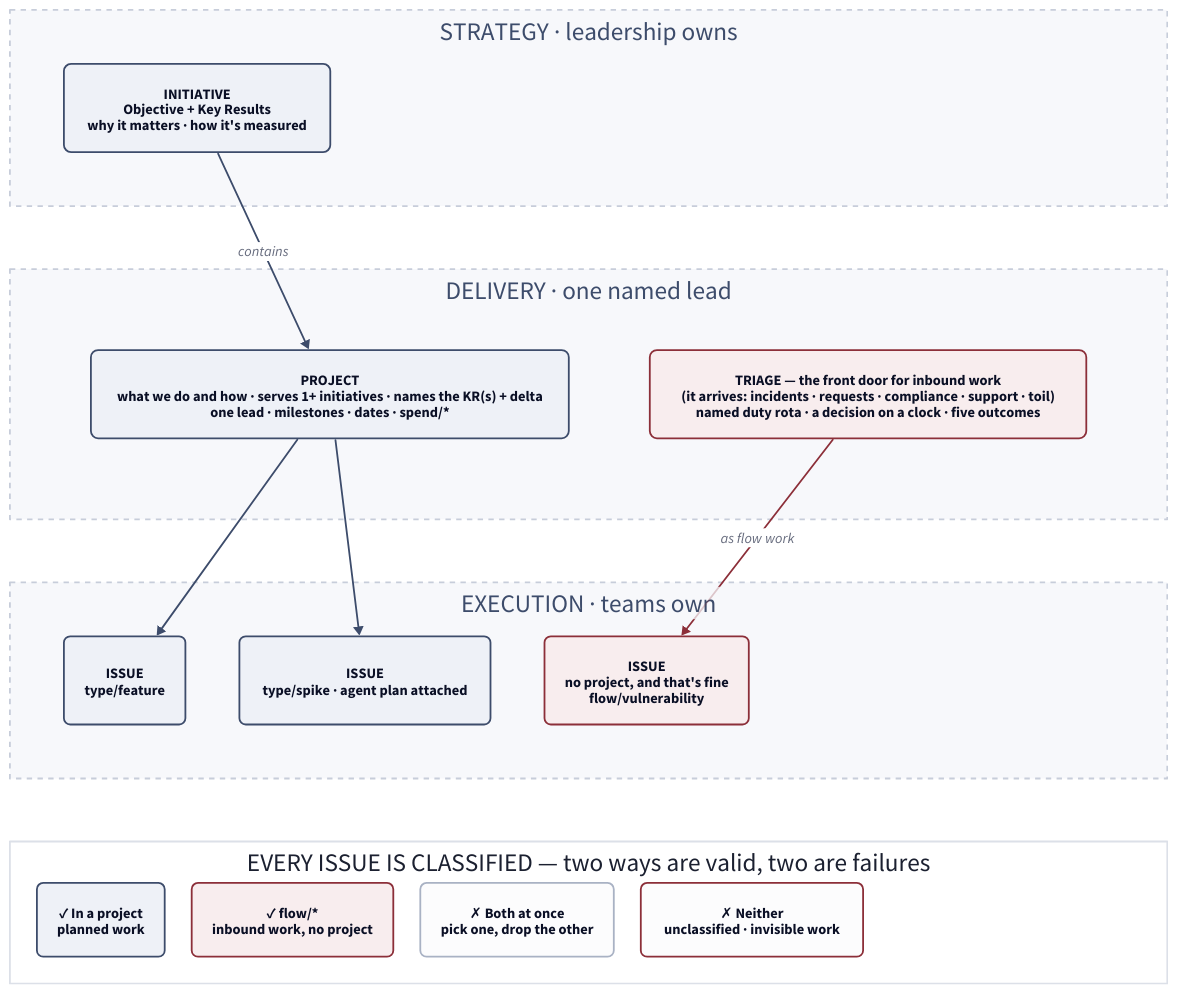
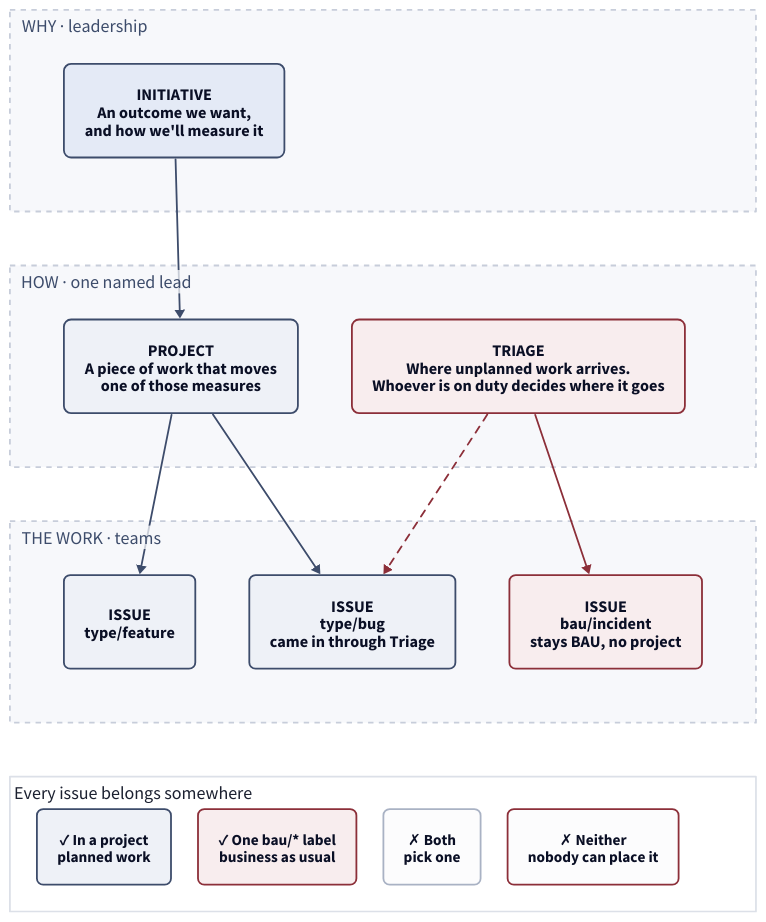
Before and after one commit to hungovercoders/linear-work-management: the diagram in docs/diagrams/model.d2, drawn with D2. The commit also changed 15 other files, not shown here.

First line of the commit message:
docs(diagrams): redraw all eight in the guide's plain wording

```diff
--- a/docs/diagrams/model.d2
+++ b/docs/diagrams/model.d2
@@ -1,74 +1,79 @@
 # Canonical operating-model diagram. Edit this, not the rendered SVG.
 # Shown on the Start here page as a committed SVG (see `task diagrams`).
-# Two paths, both flowing top-to-bottom through the ownership bands:
-#   strategic:  INITIATIVE -> PROJECT -> ISSUE
-#   external:   TRIAGE -> ISSUE (flow work)
+# Two paths, both running top-to-bottom through the bands:
+#   planned:  INITIATIVE -> PROJECT -> ISSUE
+#   BAU:      TRIAGE -> ISSUE (bau/* label, no project)
 
 grid-columns: 1
-grid-gap: 70
+grid-gap: 60
 direction: down
 
-# ---------- STRATEGY band ----------
-strategy: "STRATEGY  ·  leadership owns" {
+# ---------- why ----------
+strategy: "WHY  ·  leadership" {
+  label.near: top-left
   grid-rows: 1
-  style: {fill: "#F7F8FB"; stroke: "#C7CDDA"; stroke-dash: 3; font-color: "#3D4C6B"}
-  initiative: "INITIATIVE\nObjective + Key Results\nwhy it matters · how it's measured" {
-    style: {fill: "#EEF1F7"; stroke: "#3D4C6B"; border-radius: 8; bold: true}
+  style: {fill: "#F7F8FB"; stroke: "#C7CDDA"; stroke-dash: 3; font-color: "#3D4C6B"; font-size: 20}
+  initiative: "INITIATIVE\nAn outcome we want,\nand how we'll measure it" {
+    style: {fill: "#E4EAF6"; stroke: "#3D4C6B"; border-radius: 8; bold: true; stroke-width: 2; font-size: 18}
   }
 }
 
-# ---------- DELIVERY band ----------
-delivery: "DELIVERY  ·  one named lead" {
+# ---------- how ----------
+delivery: "HOW  ·  one named lead" {
+  label.near: top-left
   grid-rows: 1
-  grid-gap: 90
-  style: {fill: "#F7F8FB"; stroke: "#C7CDDA"; stroke-dash: 3; font-color: "#3D4C6B"}
-  project: "PROJECT\nwhat we do and how · serves 1+ initiatives · names the KR(s) + delta\none lead · milestones · dates · spend/*" {
-    style: {fill: "#EEF1F7"; stroke: "#3D4C6B"; border-radius: 8; bold: true}
+  grid-gap: 60
+  style: {fill: "#F7F8FB"; stroke: "#C7CDDA"; stroke-dash: 3; font-color: "#3D4C6B"; font-size: 20}
+  project: "PROJECT\nA piece of work that moves\none of those measures" {
+    style: {fill: "#EEF1F7"; stroke: "#3D4C6B"; border-radius: 8; bold: true; font-size: 18}
   }
-  triage: "TRIAGE — the front door for inbound work\n(it arrives: incidents · requests · compliance · support · toil)\nnamed duty rota · a decision on a clock · five outcomes" {
-    style: {fill: "#F8EDEE"; stroke: "#8C2F39"; border-radius: 8; bold: true}
+  triage: "TRIAGE\nWhere unplanned work arrives.\nWhoever is on duty decides where it goes" {
+    style: {fill: "#F8EDEE"; stroke: "#8C2F39"; border-radius: 8; bold: true; font-size: 18}
   }
 }
 
-# ---------- EXECUTION band ----------
-execution: "EXECUTION  ·  teams own" {
+# ---------- the work ----------
+execution: "THE WORK  ·  teams" {
+  label.near: top-left
   grid-rows: 1
   grid-gap: 60
-  style: {fill: "#F7F8FB"; stroke: "#C7CDDA"; stroke-dash: 3; font-color: "#3D4C6B"}
+  style: {fill: "#F7F8FB"; stroke: "#C7CDDA"; stroke-dash: 3; font-color: "#3D4C6B"; font-size: 20}
   issue1: "ISSUE\ntype/feature" {
-    style: {fill: "#EEF1F7"; stroke: "#3D4C6B"; border-radius: 7}
+    style: {fill: "#EEF1F7"; stroke: "#3D4C6B"; border-radius: 7; font-size: 18}
   }
-  issue2: "ISSUE\ntype/spike · agent plan attached" {
-    style: {fill: "#EEF1F7"; stroke: "#3D4C6B"; border-radius: 7}
+  issue2: "ISSUE\ntype/bug\ncame in through Triage" {
+    style: {fill: "#EEF1F7"; stroke: "#3D4C6B"; border-radius: 7; font-size: 18}
   }
-  flowissue: "ISSUE\nno project, and that's fine\nflow/vulnerability" {
-    style: {fill: "#F8EDEE"; stroke: "#8C2F39"; border-radius: 7}
+  bauissue: "ISSUE\nbau/incident\nstays BAU, no project" {
+    style: {fill: "#F8EDEE"; stroke: "#8C2F39"; border-radius: 7; font-size: 18}
   }
 }
 
-# ---------- classification rule strip ----------
-rule: "EVERY ISSUE IS CLASSIFIED — two ways are valid, two are failures" {
+# ---------- rule 3 ----------
+rule: "Every issue belongs somewhere" {
+  label.near: top-left
   grid-rows: 1
   grid-gap: 30
-  style: {fill: "#FFFFFF"; stroke: "#DCE0E8"; font-color: "#1B2030"}
+  style: {fill: "#FFFFFF"; stroke: "#DCE0E8"; font-color: "#1B2030"; font-size: 20}
   ok_project: "✓ In a project\nplanned work" {
-    style: {fill: "#EEF1F7"; stroke: "#3D4C6B"; border-radius: 7}
+    style: {fill: "#EEF1F7"; stroke: "#3D4C6B"; border-radius: 7; font-size: 17}
   }
-  ok_flow: "✓ flow/*\ninbound work, no project" {
-    style: {fill: "#F8EDEE"; stroke: "#8C2F39"; border-radius: 7}
+  ok_bau: "✓ One bau/* label\nbusiness as usual" {
+    style: {fill: "#F8EDEE"; stroke: "#8C2F39"; border-radius: 7; font-size: 17}
   }
-  bad_both: "✗ Both at once\npick one, drop the other" {
-    style: {fill: "#FCFCFD"; stroke: "#A9B2C4"; border-radius: 7}
+  bad_both: "✗ Both\npick one" {
+    style: {fill: "#FCFCFD"; stroke: "#A9B2C4"; border-radius: 7; font-size: 17}
   }
-  bad_neither: "✗ Neither\nunclassified · invisible work" {
-    style: {fill: "#FCFCFD"; stroke: "#8C2F39"; stroke-width: 2; border-radius: 7}
+  bad_neither: "✗ Neither\nnobody can place it" {
+    style: {fill: "#FCFCFD"; stroke: "#8C2F39"; stroke-width: 2; border-radius: 7; font-size: 17}
   }
 }
 
-# ---------- strategic path (blue) ----------
-strategy.initiative -> delivery.project: contains {style.stroke: "#3D4C6B"}
+# ---------- planned path (blue) ----------
+strategy.initiative -> delivery.project: {style.stroke: "#3D4C6B"}
 delivery.project -> execution.issue1: {style.stroke: "#3D4C6B"}
 delivery.project -> execution.issue2: {style.stroke: "#3D4C6B"}
 
-# ---------- external path (red) ----------
-delivery.triage -> execution.flowissue: as flow work {style.stroke: "#8C2F39"}
+# ---------- BAU path (red) ----------
+delivery.triage -> execution.issue2: {style: {stroke: "#8C2F39"; stroke-dash: 4}}
+delivery.triage -> execution.bauissue: {style.stroke: "#8C2F39"}
```
